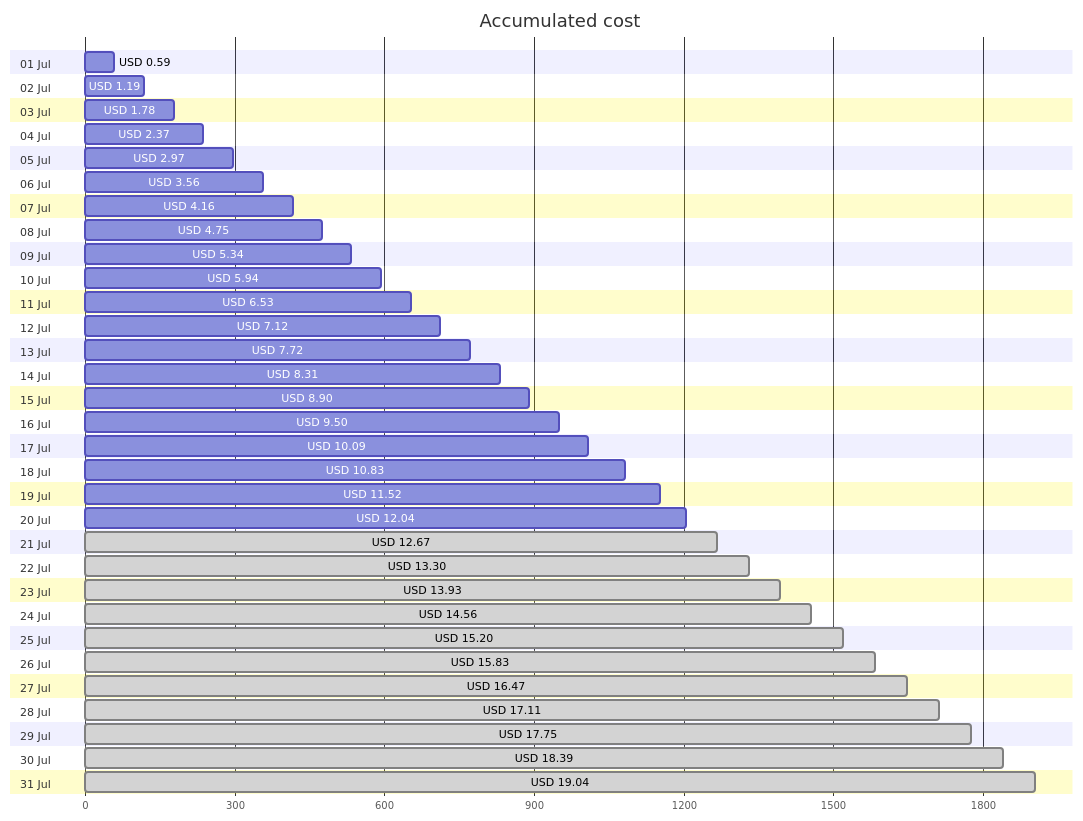
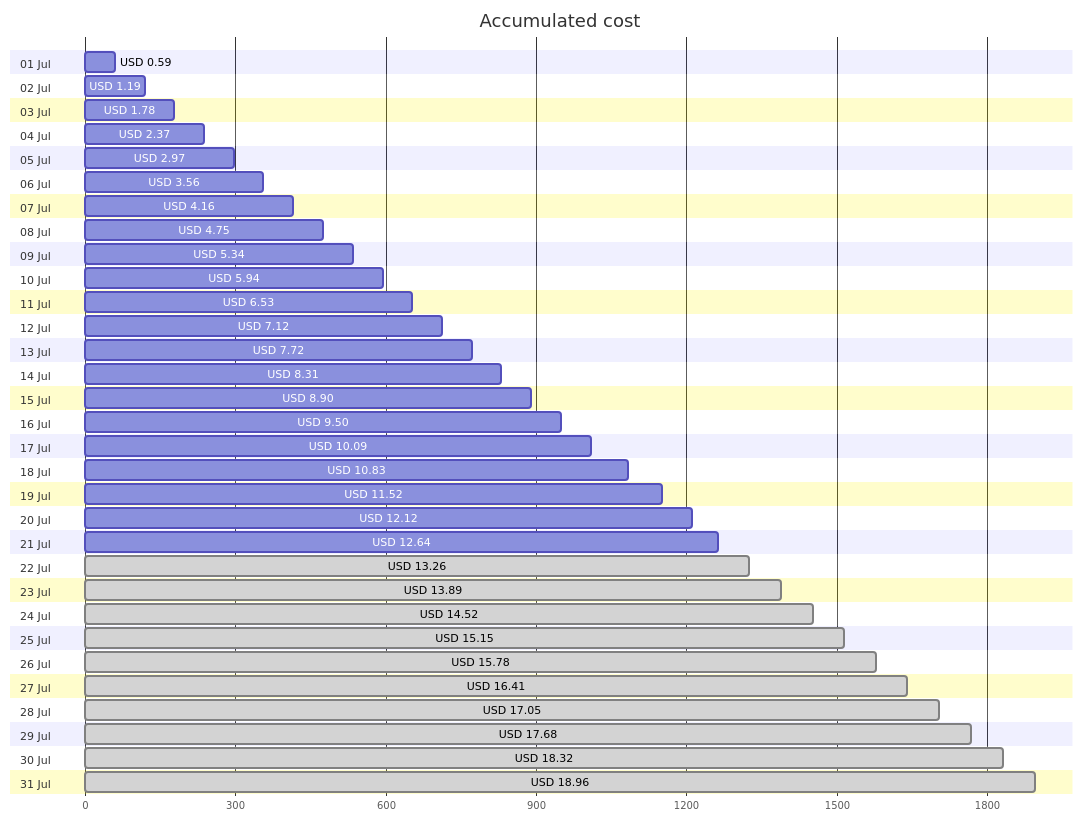
One commit to jpfulton/azure-personal-reports changed the first of 4 diagrams in cost-reports/personal-site/README.md. Above: the diagram before and after it, drawn with Mermaid. The commit also changed other lines of this file and 6 other files, not shown here.

````diff
--- a/cost-reports/personal-site/README.md
+++ b/cost-reports/personal-site/README.md
@@ -20,68 +20,68 @@
 ```mermaid
 gantt
    title Accumulated cost
    dateFormat  X
    axisFormat %s
    section 01 Jul
    USD 0.59 :0, 59
    section 02 Jul
    USD 1.19 :0, 119
    section 03 Jul
    USD 1.78 :0, 178
    section 04 Jul
    USD 2.37 :0, 237
    section 05 Jul
    USD 2.97 :0, 297
    section 06 Jul
    USD 3.56 :0, 356
    section 07 Jul
    USD 4.16 :0, 416
    section 08 Jul
    USD 4.75 :0, 475
    section 09 Jul
    USD 5.34 :0, 534
    section 10 Jul
    USD 5.94 :0, 594
    section 11 Jul
    USD 6.53 :0, 653
    section 12 Jul
    USD 7.12 :0, 712
    section 13 Jul
    USD 7.72 :0, 772
    section 14 Jul
    USD 8.31 :0, 831
    section 15 Jul
    USD 8.90 :0, 890
    section 16 Jul
    USD 9.50 :0, 950
    section 17 Jul
    USD 10.09 :0, 1009
    section 18 Jul
    USD 10.83 :0, 1083
    section 19 Jul
    USD 11.52 :0, 1152
    section 20 Jul
-   USD 12.04 :0, 1204
+   USD 12.12 :0, 1212
    section 21 Jul
-   USD 12.67 : done, 0, 1267
+   USD 12.64 :0, 1264
    section 22 Jul
-   USD 13.30 : done, 0, 1330
+   USD 13.26 : done, 0, 1326
    section 23 Jul
-   USD 13.93 : done, 0, 1393
+   USD 13.89 : done, 0, 1389
    section 24 Jul
-   USD 14.56 : done, 0, 1456
+   USD 14.52 : done, 0, 1452
    section 25 Jul
-   USD 15.20 : done, 0, 1520
+   USD 15.15 : done, 0, 1515
    section 26 Jul
-   USD 15.83 : done, 0, 1583
+   USD 15.78 : done, 0, 1578
    section 27 Jul
-   USD 16.47 : done, 0, 1647
+   USD 16.41 : done, 0, 1641
    section 28 Jul
-   USD 17.11 : done, 0, 1711
+   USD 17.05 : done, 0, 1705
    section 29 Jul
-   USD 17.75 : done, 0, 1775
+   USD 17.68 : done, 0, 1768
    section 30 Jul
-   USD 18.39 : done, 0, 1839
+   USD 18.32 : done, 0, 1832
    section 31 Jul
-   USD 19.04 : done, 0, 1904
+   USD 18.96 : done, 0, 1896
 ```
````
